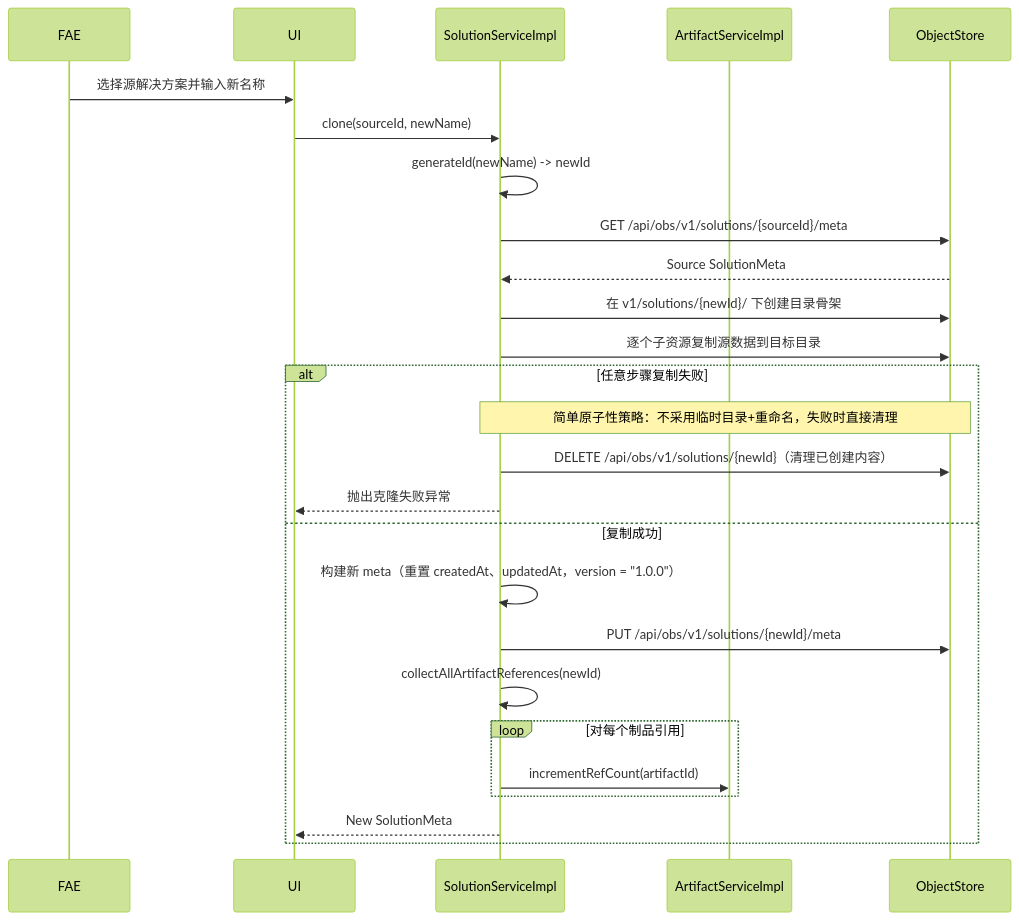
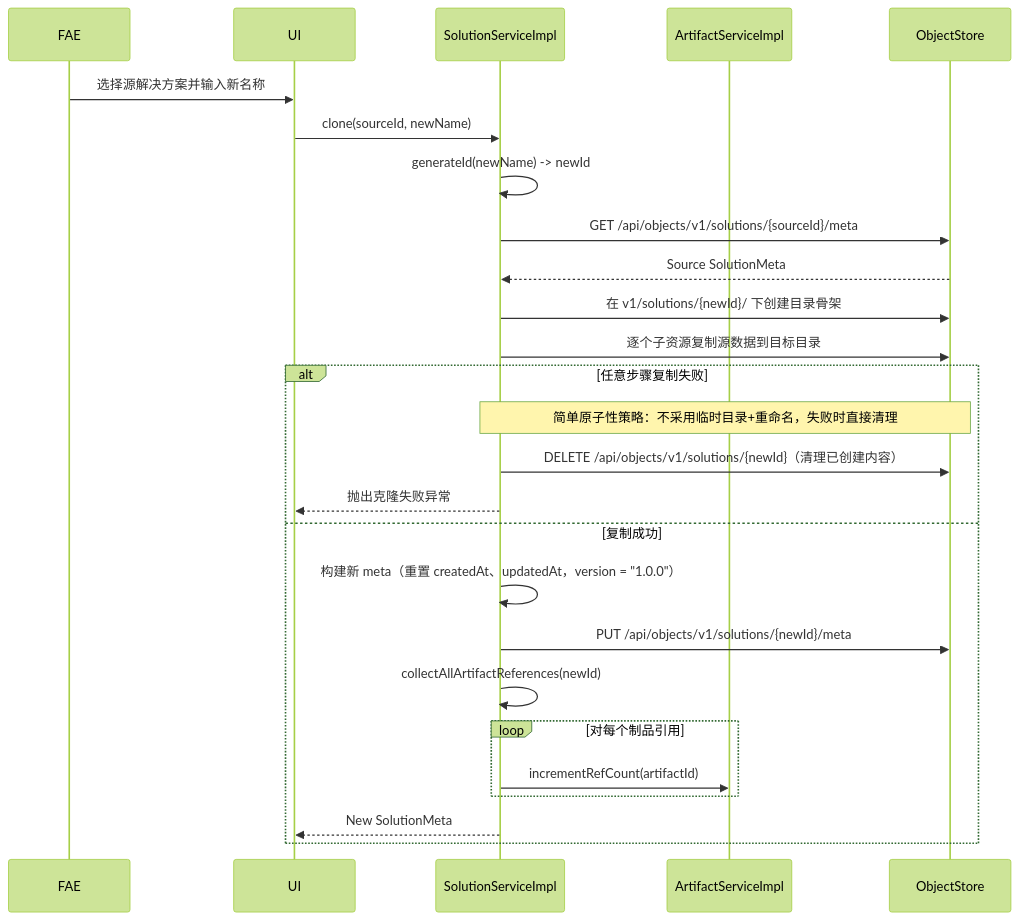
Before and after one commit to etrita005/syrius-robotops: the fifth of 11 diagrams in documents/design/solution_management_design.md, drawn with Mermaid (forest theme). The commit also changed other lines of this file and 42 other files, not shown here.

````diff
--- a/documents/design/solution_management_design.md
+++ b/documents/design/solution_management_design.md
@@ -499,29 +489,29 @@
 ```mermaid
 sequenceDiagram
     participant FAE
     participant UI
     participant SSI as SolutionServiceImpl
     participant ASI as ArtifactServiceImpl
     participant OS as ObjectStore
 
     FAE->>UI: 选择源解决方案并输入新名称
     UI->>SSI: clone(sourceId, newName)
     SSI->>SSI: generateId(newName) -> newId
-    SSI->>OS: GET /api/obs/v1/solutions/{sourceId}/meta
+    SSI->>OS: GET /api/objects/v1/solutions/{sourceId}/meta
     OS-->>SSI: Source SolutionMeta
     SSI->>OS: 在 v1/solutions/{newId}/ 下创建目录骨架
     SSI->>OS: 逐个子资源复制源数据到目标目录
     alt 任意步骤复制失败
         Note over SSI,OS: 简单原子性策略：不采用临时目录+重命名，失败时直接清理
-        SSI->>OS: DELETE /api/obs/v1/solutions/{newId}（清理已创建内容）
+        SSI->>OS: DELETE /api/objects/v1/solutions/{newId}（清理已创建内容）
         SSI-->>UI: 抛出克隆失败异常
     else 复制成功
         SSI->>SSI: 构建新 meta（重置 createdAt、updatedAt，version = "1.0.0"）
-        SSI->>OS: PUT /api/obs/v1/solutions/{newId}/meta
+        SSI->>OS: PUT /api/objects/v1/solutions/{newId}/meta
         SSI->>SSI: collectAllArtifactReferences(newId)
         loop 对每个制品引用
             SSI->>ASI: incrementRefCount(artifactId)
         end
         SSI-->>UI: New SolutionMeta
     end
 ```
````
